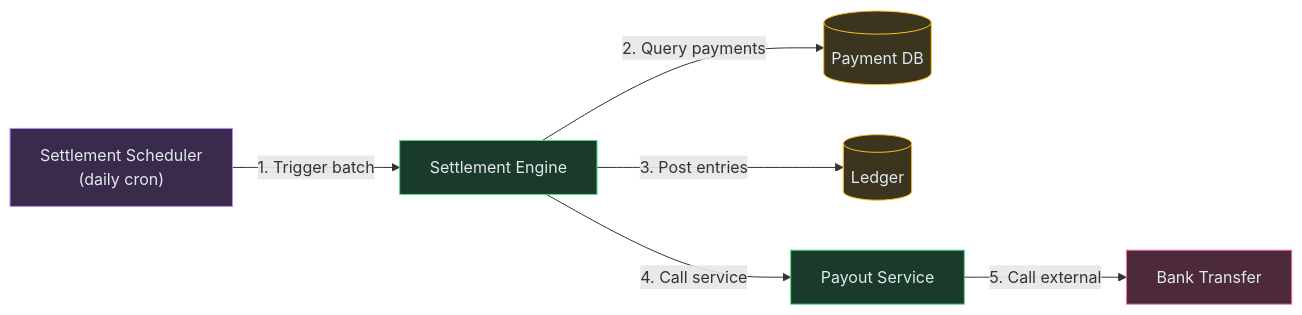
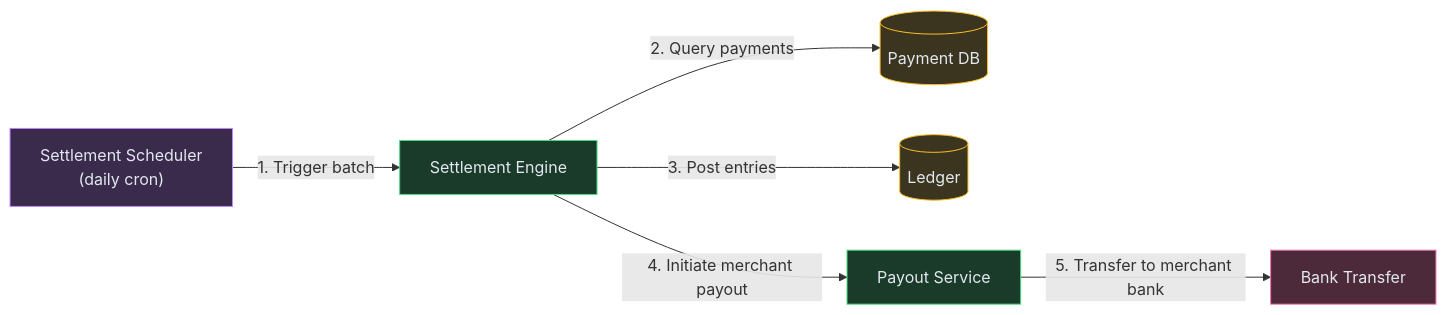
One commit to iluzn/HLD-Designs changed the fourth of 6 diagrams in content/hld/PaymentSystem.md. Above: the diagram before and after it, drawn with Mermaid. The commit also changed other lines of this file and 27 other files, not shown here.

````diff
--- a/content/hld/PaymentSystem.md
+++ b/content/hld/PaymentSystem.md
@@ -247,20 +247,20 @@
 ```mermaid
 flowchart LR
     SCHEDULER["Settlement Scheduler<br/>(daily cron)"]:::async
     DB[("Payment DB")]:::data
     SETTLE["Settlement Engine"]:::service
     LEDGER[("Ledger")]:::data
     PAYOUT["Payout Service"]:::service
     BANK["Bank Transfer"]:::external
 
     SCHEDULER -->|"1. Trigger batch"| SETTLE
     SETTLE -->|"2. Query payments"| DB
     SETTLE -->|"3. Post entries"| LEDGER
-    SETTLE -->|"4. Call service"| PAYOUT
-    PAYOUT -->|"5. Call external"| BANK
+    SETTLE -->|"4. Initiate merchant payout"| PAYOUT
+    PAYOUT -->|"5. Transfer to merchant bank"| BANK
 
     classDef service fill:#1a3a2a,stroke:#4ade80,color:#e2e8f0
     classDef data fill:#3b3520,stroke:#fbbf24,color:#e2e8f0
     classDef async fill:#3a2a4c,stroke:#c084fc,color:#e2e8f0
     classDef external fill:#4c2a3a,stroke:#f472b6,color:#e2e8f0
 ```
````
